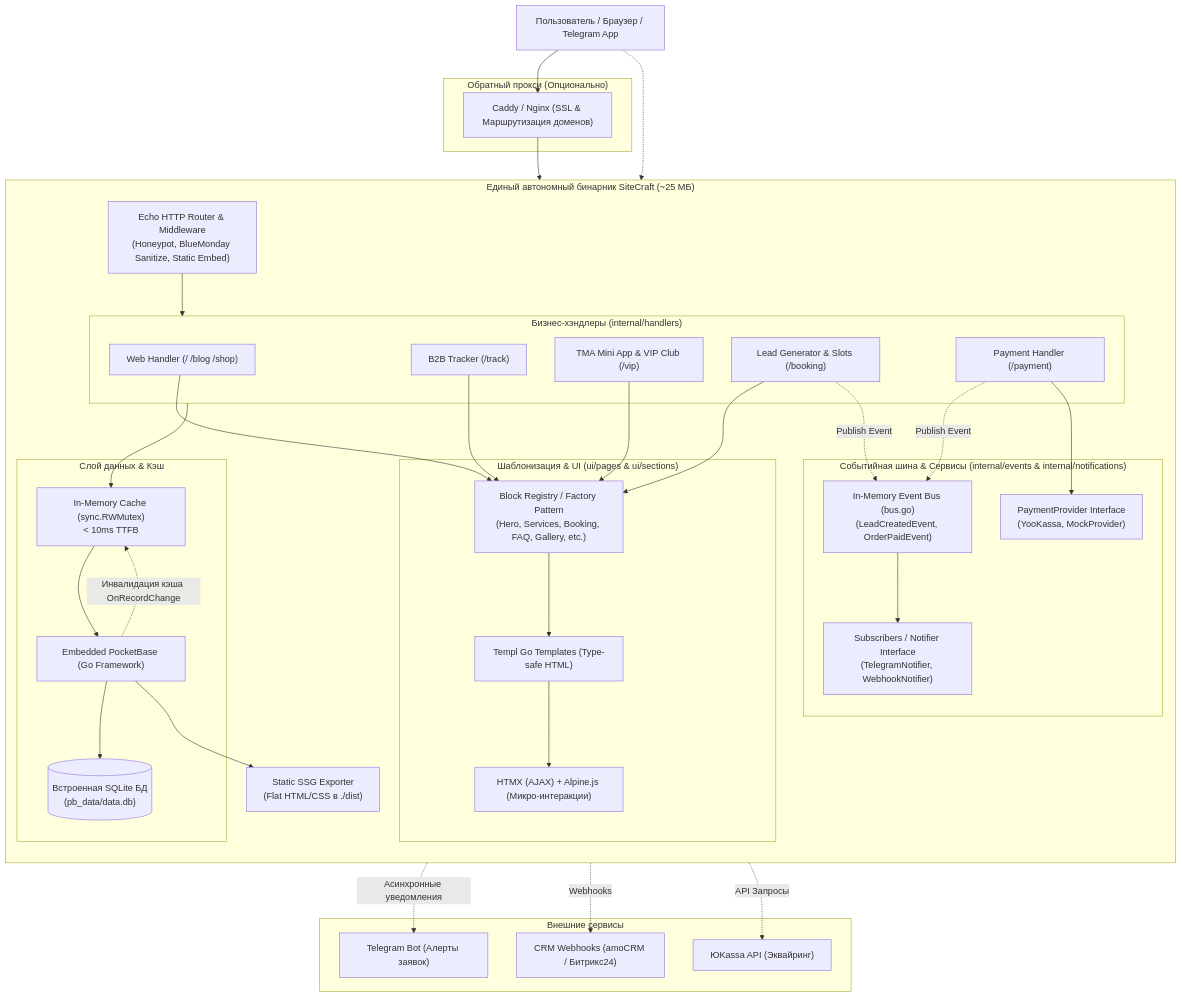
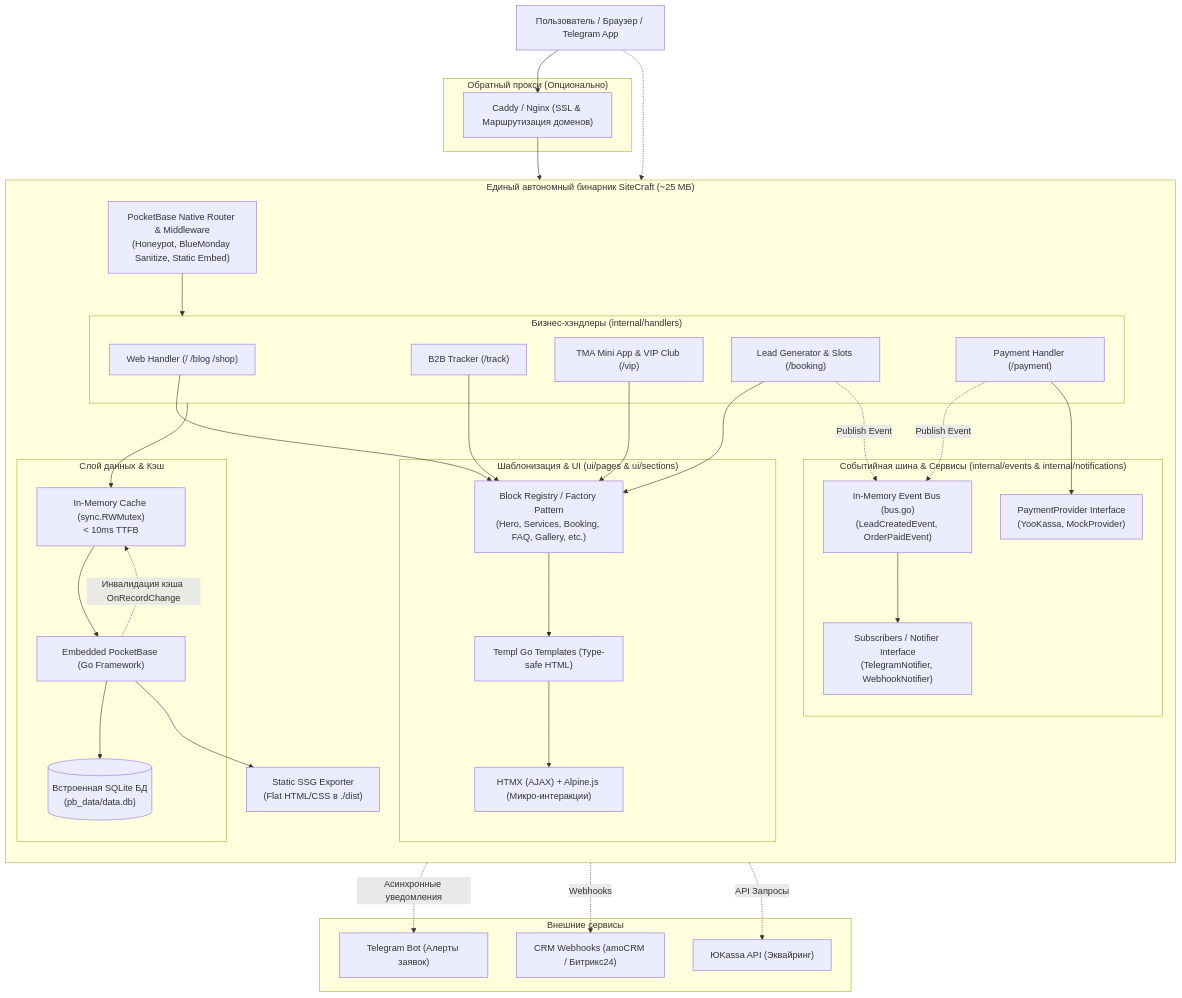
The first of 2 diagrams in README.md (Zer02L/SiteCraft), drawn with Mermaid before and after one commit. The commit also changed other lines of this file and 134 other files, not shown here.

````diff
--- a/README.md
+++ b/README.md
@@ -50,73 +50,73 @@
 ```mermaid
 flowchart TD
     Client["Пользователь / Браузер / Telegram App"]
     
     subgraph ReverseProxy["Обратный прокси (Опционально)"]
         Caddy["Caddy / Nginx (SSL & Маршрутизация доменов)"]
     end
 
     subgraph Binary["Единый автономный бинарник SiteCraft (~25 МБ)"]
         direction TB
         
-        Router["Echo HTTP Router & Middleware\n(Honeypot, BlueMonday Sanitize, Static Embed)"]
+        Router["PocketBase Native Router & Middleware\n(Honeypot, BlueMonday Sanitize, Static Embed)"]
         
         subgraph BusinessHandlers["Бизнес-хэндлеры (internal/handlers)"]
             H_Web["Web Handler (/ /blog /shop)"]
             H_Track["B2B Tracker (/track)"]
             H_TMA["TMA Mini App & VIP Club (/vip)"]
             H_Lead["Lead Generator & Slots (/booking)"]
             H_Pay["Payment Handler (/payment)"]
         end
         
         subgraph EventBusLayer["Событийная шина & Сервисы (internal/events & internal/notifications)"]
             EBus["In-Memory Event Bus (bus.go)\n(LeadCreatedEvent, OrderPaidEvent)"]
             Subscribers["Subscribers / Notifier Interface\n(TelegramNotifier, WebhookNotifier)"]
             PayGateway["PaymentProvider Interface\n(YooKassa, MockProvider)"]
         end
 
         subgraph RenderingLayer["Шаблонизация & UI (ui/pages & ui/sections)"]
             Registry["Block Registry / Factory Pattern\n(Hero, Services, Booking, FAQ, Gallery, etc.)"]
             Templ["Templ Go Templates (Type-safe HTML)"]
             ClientLibs["HTMX (AJAX) + Alpine.js (Микро-интеракции)"]
         end
 
         subgraph CoreData["Слой данных & Кэш"]
             Cache["In-Memory Cache (sync.RWMutex)\n< 10ms TTFB"]
             PB["Embedded PocketBase (Go Framework)"]
             SQLite[("Встроенная SQLite БД\n(pb_data/data.db)")]
         end
 
         SSG["Static SSG Exporter\n(Flat HTML/CSS в ./dist)"]
     end
 
     subgraph ExternalServices["Внешние сервисы"]
         TG["Telegram Bot (Алерты заявок)"]
         CRM["CRM Webhooks (amoCRM / Битрикс24)"]
         Yoo["ЮKassa API (Эквайринг)"]
     end
 
     Client --> Caddy
     Caddy --> Router
     Client -.-> Router
 
     Router --> BusinessHandlers
     H_Web & H_Track & H_TMA & H_Lead --> Registry
     Registry --> Templ
     Templ --> ClientLibs
 
     H_Lead -.->|Publish Event| EBus
     H_Pay -.->|Publish Event| EBus
     EBus --> Subscribers
     H_Pay --> PayGateway
 
     BusinessHandlers --> Cache
     Cache --> PB
     PB --> SQLite
     PB -.->|Инвалидация кэша OnRecordChange| Cache
 
     Subscribers -.->|Асинхронные уведомления| TG
     Subscribers -.->|Webhooks| CRM
     PayGateway -.->|API Запросы| Yoo
     
     PB --> SSG
 ```
````
